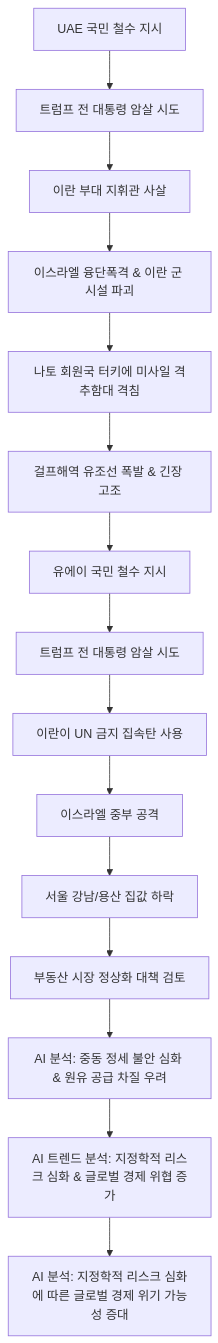
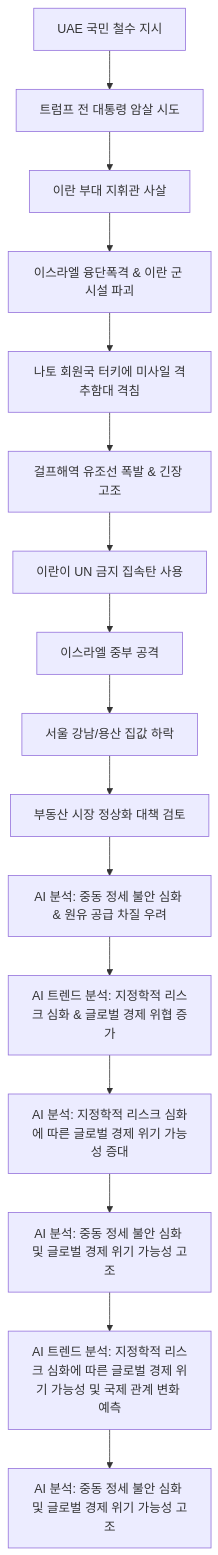
The diagram in web/public/한국인터넷.한국/참소식.com/website_diagram.mmd (yoohyunseog/HANKOOKINTERNET-CHAMSOSIK), drawn with Mermaid before and after one commit. The commit also changed 15 other files, not shown here.

```diff
--- a/web/public/한국인터넷.한국/참소식.com/website_diagram.mmd
+++ b/web/public/한국인터넷.한국/참소식.com/website_diagram.mmd
@@ -1,15 +1,16 @@
 flowchart TD
     A[UAE 국민 철수 지시] --> B[트럼프 전 대통령 암살 시도]
     B --> C[이란 부대 지휘관 사살]
     C --> D[이스라엘 융단폭격 & 이란 군 시설 파괴]
     D --> E[나토 회원국 터키에 미사일 격추함대 격침]
     E --> F[걸프해역 유조선 폭발 & 긴장 고조]
-    F --> G[유에이 국민 철수 지시]
-    G --> H[트럼프 전 대통령 암살 시도]
-    H --> I[이란이 UN 금지 집속탄 사용]
-    I --> J[이스라엘 중부 공격]
-    J --> K[서울 강남/용산 집값 하락]
-    K --> L[부동산 시장 정상화 대책 검토]
-    L --> M[AI 분석: 중동 정세 불안 심화 & 원유 공급 차질 우려]
-    M --> N[AI 트렌드 분석: 지정학적 리스크 심화 & 글로벌 경제 위협 증가]
-    N --> O[AI 분석: 지정학적 리스크 심화에 따른 글로벌 경제 위기 가능성 증대]
+    F --> G[이란이 UN 금지 집속탄 사용]
+    G --> H[이스라엘 중부 공격]
+    H --> I[서울 강남/용산 집값 하락]
+    I --> J[부동산 시장 정상화 대책 검토]
+    J --> K[AI 분석: 중동 정세 불안 심화 & 원유 공급 차질 우려]
+    K --> L[AI 트렌드 분석: 지정학적 리스크 심화 & 글로벌 경제 위협 증가]
+    L --> M[AI 분석: 지정학적 리스크 심화에 따른 글로벌 경제 위기 가능성 증대]
+    M --> N[AI 분석: 중동 정세 불안 심화 및 글로벌 경제 위기 가능성 고조]
+    N --> O[AI 트렌드 분석: 지정학적 리스크 심화에 따른 글로벌 경제 위기 가능성 및 국제 관계 변화 예측]
+    O --> P[AI 분석: 중동 정세 불안 심화 및 글로벌 경제 위기 가능성 고조]
```
